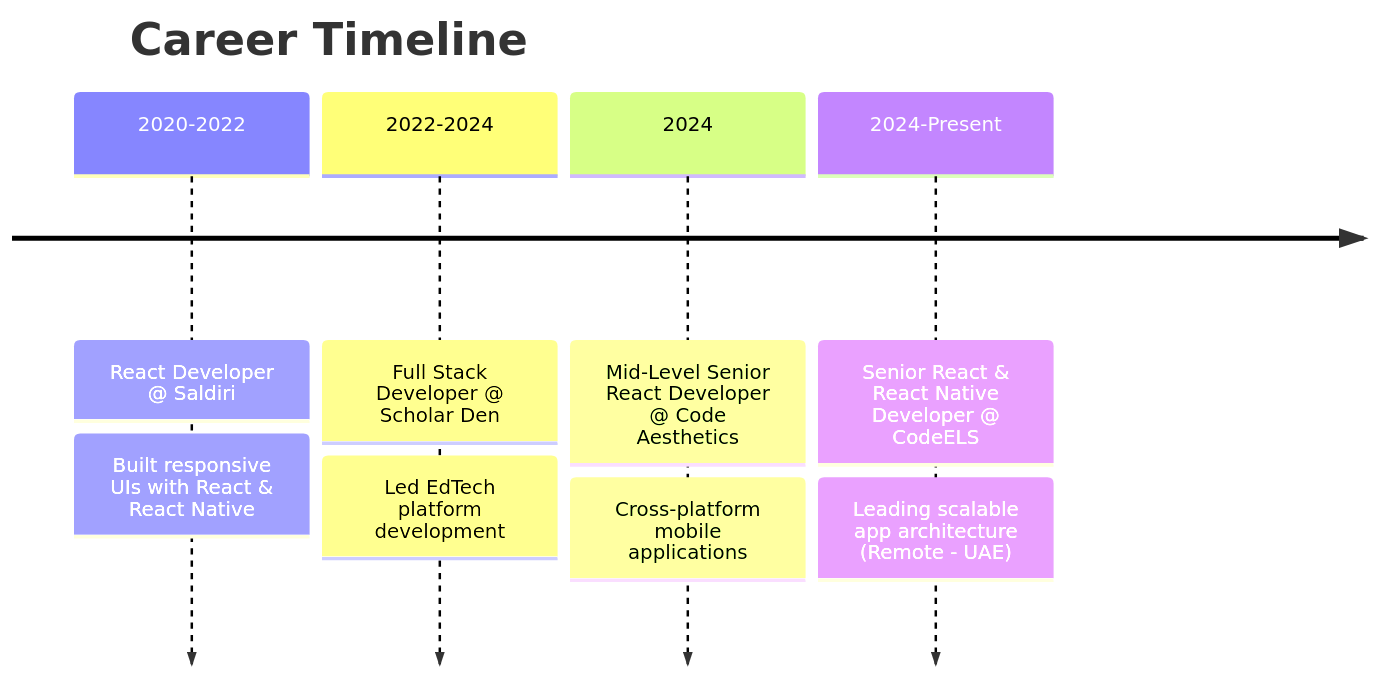
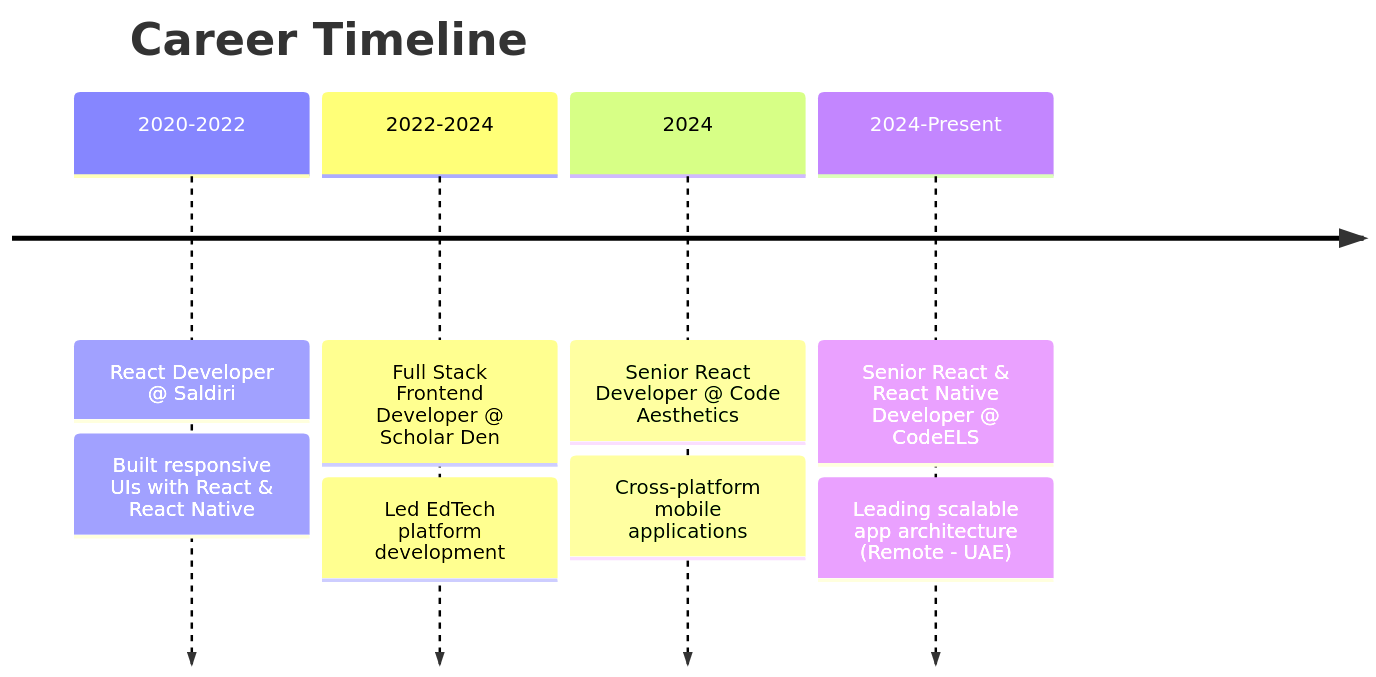
Before and after one commit to hassanprodeveloper/hassanprodeveloper: the diagram in README.md, drawn with Mermaid. The commit also changed other lines of this file, not shown here.

````diff
--- a/README.md
+++ b/README.md
@@ -35,12 +35,12 @@
 ```mermaid
 timeline
     title Career Timeline
     2020-2022 : React Developer @ Saldiri
               : Built responsive UIs with React & React Native
-    2022-2024 : Full Stack Developer @ Scholar Den
+    2022-2024 : Full Stack Frontend Developer @ Scholar Den
               : Led EdTech platform development
-    2024      : Mid-Level Senior React Developer @ Code Aesthetics
+    2024      : Senior React Developer @ Code Aesthetics
               : Cross-platform mobile applications
     2024-Present : Senior React & React Native Developer @ CodeELS
                  : Leading scalable app architecture (Remote - UAE)
 ```
````
